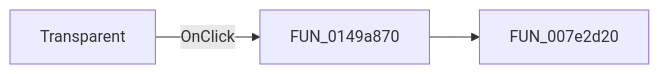
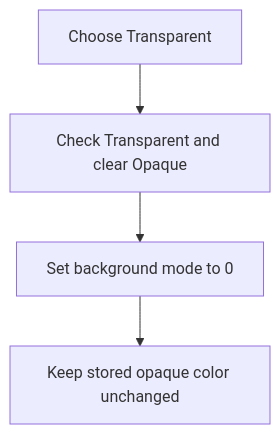
One commit to MovGP0/TIARA changed the diagram in docs/ui-controls/frmdesigntool/transparentmnu-e81ecb7275.md. Above: the diagram before and after it, drawn with Mermaid. The commit also changed other lines of this file and 387 other files, not shown here.

````diff
--- a/docs/ui-controls/frmdesigntool/transparentmnu-e81ecb7275.md
+++ b/docs/ui-controls/frmdesigntool/transparentmnu-e81ecb7275.md
@@ -27,5 +27,6 @@
 ```mermaid
-flowchart LR
-    control["Transparent"] -->|OnClick| handler["FUN_0149a870"]
-    handler --> call1["FUN_007e2d20"]
+flowchart TD
+    click["Choose Transparent"] --> checks["Check Transparent and clear Opaque"]
+    checks --> mode["Set background mode to 0"]
+    mode --> keep["Keep stored opaque color unchanged"]
 ```
````
